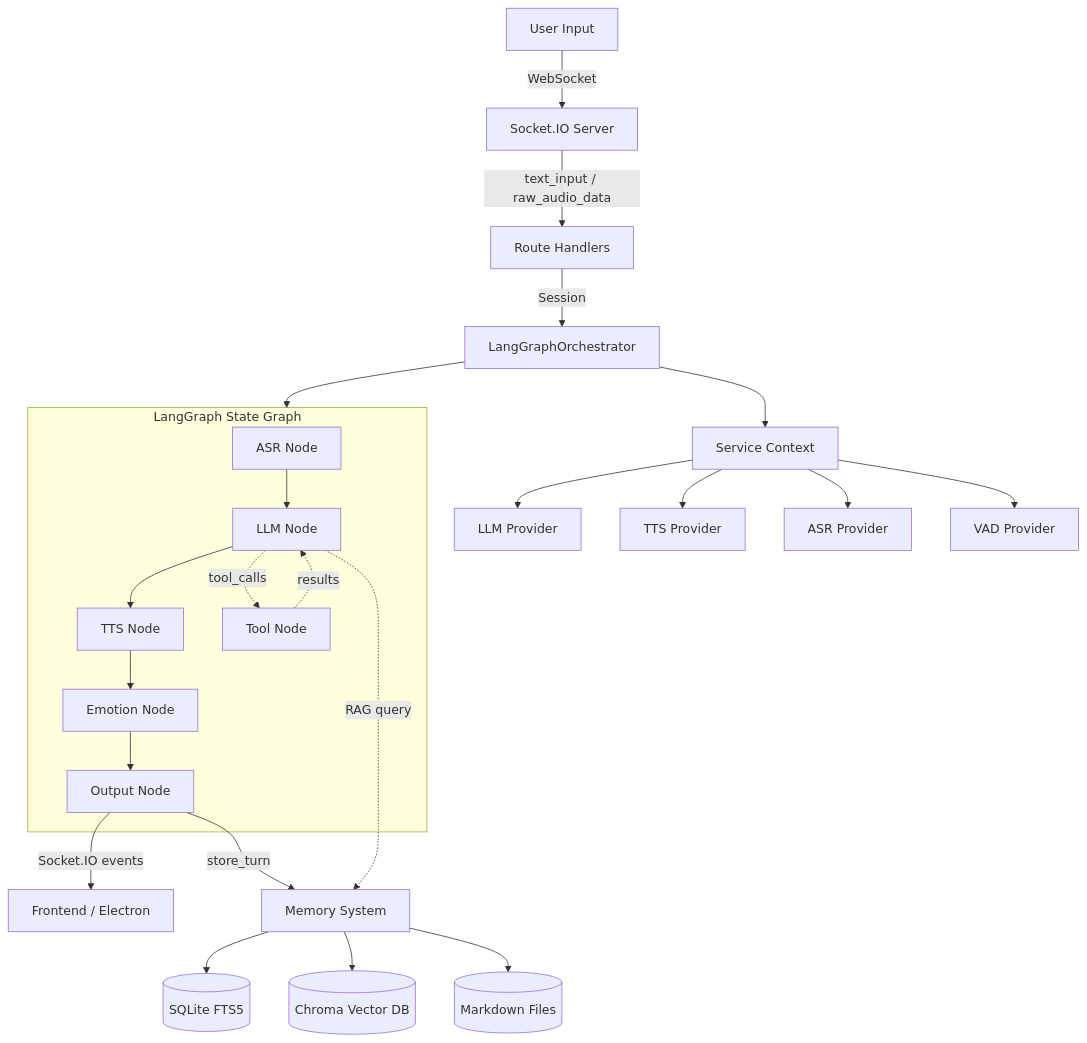
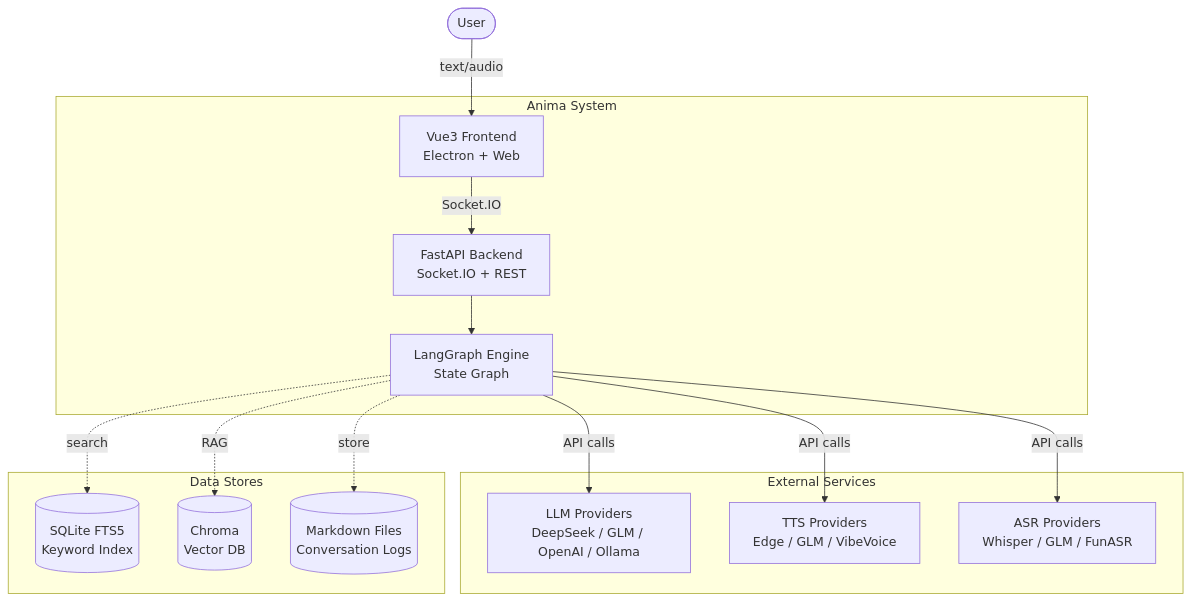
The first of 4 diagrams in ARCHITECTURE.md (loiter74/animetta), drawn with Mermaid before and after one commit. The commit also changed other lines of this file and 263 other files, not shown here.

````diff
--- a/ARCHITECTURE.md
+++ b/ARCHITECTURE.md
@@ -10,30 +9,29 @@
 ```mermaid
-flowchart TD
-    User[User Input] -->|WebSocket| SIO[Socket.IO Server]
-    SIO -->|text_input / raw_audio_data| Routes[Route Handlers]
-    Routes -->|Session| Orch[LangGraphOrchestrator]
-    
-    subgraph Graph[LangGraph State Graph]
-        ASR[ASR Node] --> LLM[LLM Node]
-        LLM --> TTS[TTS Node]
-        TTS --> Emo[Emotion Node]
-        Emo --> Out[Output Node]
-        LLM -.->|tool_calls| Tools[Tool Node]
-        Tools -.->|results| LLM
+graph TB
+    User([User])
+    subgraph "Anima System"
+        FE[Vue3 Frontend<br/>Electron + Web]
+        BE[FastAPI Backend<br/>Socket.IO + REST]
+        LG[LangGraph Engine<br/>State Graph]
     end
-    
-    Orch --> Graph
-    Out -->|Socket.IO events| Frontend[Frontend / Electron]
-    Out -->|store_turn| Memory[Memory System]
-    LLM -.->|RAG query| Memory
-    
-    Memory --> SQLite[(SQLite FTS5)]
-    Memory --> Chroma[(Chroma Vector DB)]
-    Memory --> Markdown[(Markdown Files)]
-    
-    Orch --> SC[Service Context]
-    SC --> LLM_Service[LLM Provider]
-    SC --> TTS_Service[TTS Provider]
-    SC --> ASR_Service[ASR Provider]
-    SC --> VAD_Service[VAD Provider]
+    subgraph "External Services"
+        LLM[LLM Providers<br/>DeepSeek / GLM / OpenAI / Ollama]
+        TTS[TTS Providers<br/>Edge / GLM / VibeVoice]
+        ASR[ASR Providers<br/>Whisper / GLM / FunASR]
+    end
+    subgraph "Data Stores"
+        SQL[(SQLite FTS5<br/>Keyword Index)]
+        VDB[(Chroma<br/>Vector DB)]
+        MD[(Markdown Files<br/>Conversation Logs)]
+    end
+
+    User -->|text/audio| FE
+    FE -->|Socket.IO| BE
+    BE --> LG
+    LG -->|API calls| LLM
+    LG -->|API calls| TTS
+    LG -->|API calls| ASR
+    LG -.->|RAG| VDB
+    LG -.->|search| SQL
+    LG -.->|store| MD
 ```
````
